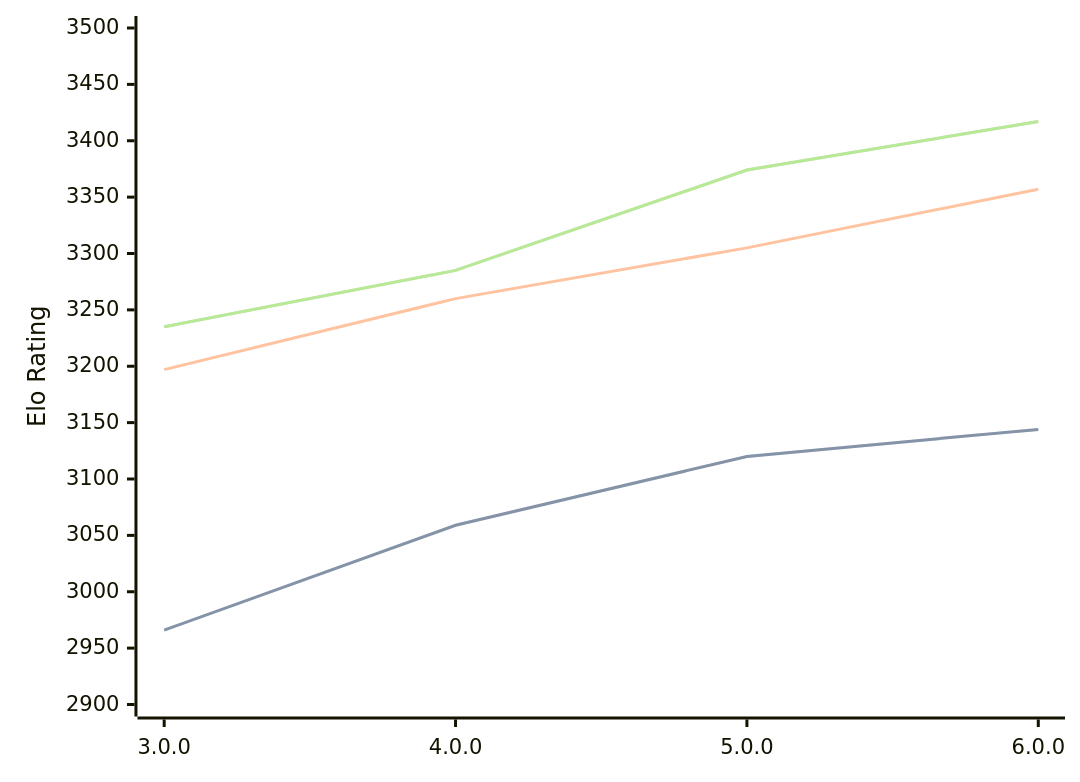
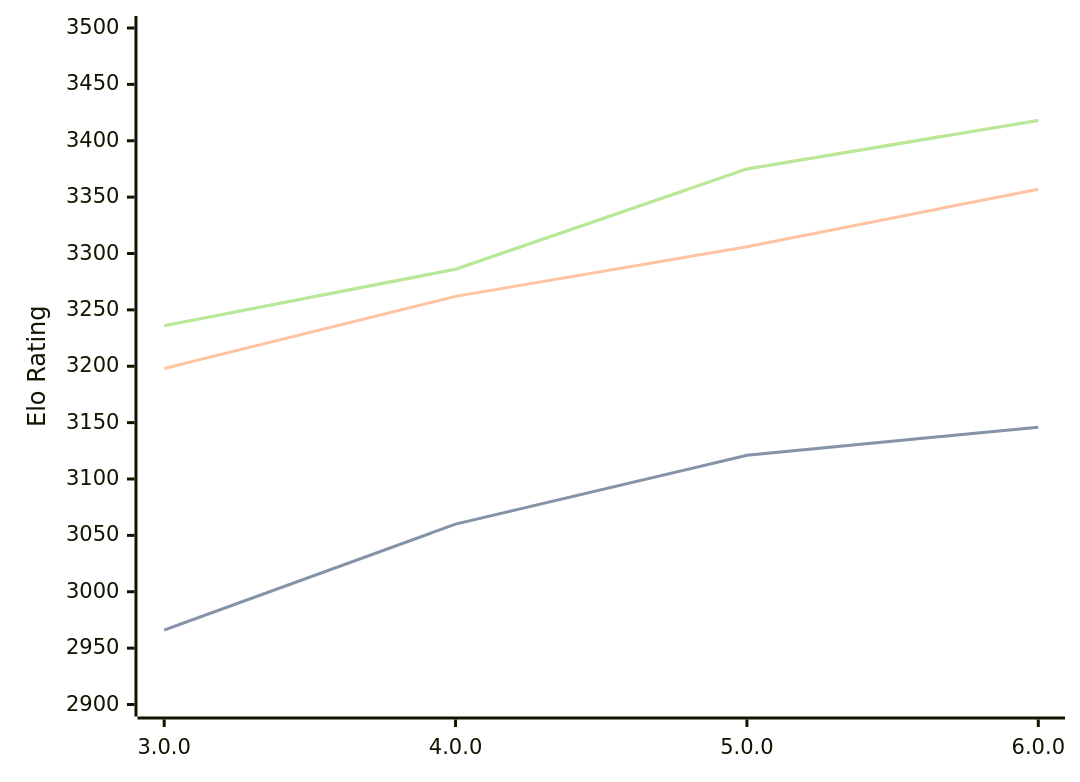
One commit to computer-chess-index/cci changed the diagram in engines/Minke.md. Above: the diagram before and after it, drawn with Mermaid. The commit also changed other lines of this file, not shown here.

Commit message:
Update CCI Ratings (ELO VLTC) - 2026-08-15

````diff
--- a/engines/Minke.md
+++ b/engines/Minke.md
@@ -34,11 +34,11 @@
 ```mermaid
 %%{init: {"theme":"base","themeVariables":{"seriesColors:['#a3a3a3','#222221','#faa371']}}}%%
 xychart-beta
   x-axis ["3.0.0", "4.0.0", "5.0.0", "6.0.0"]
   y-axis "Elo Rating" 2900 --> 3500
-  line "STC (8.0+0.08s)" [2966, 3059, 3120, 3144]
-  line "STC (8.0+0.08s)" [2966, 3059, 3120, 3144]
-  line "LTC (60.0+0.60s)" [3197, 3260, 3305, 3357]
-  line "VLTC (2m24s+1.12s)" [3235, 3285, 3374, 3417]
-  line "VLTC (2m24s+1.12s)" [3235, 3285, 3374, 3417]
+  line "STC (8.0+0.08s)" [2966, 3060, 3121, 3146]
+  line "STC (8.0+0.08s)" [2966, 3060, 3121, 3146]
+  line "LTC (60.0+0.60s)" [3198, 3262, 3306, 3357]
+  line "VLTC (2m24s+1.12s)" [3236, 3286, 3375, 3418]
+  line "VLTC (2m24s+1.12s)" [3236, 3286, 3375, 3418]
 ```
````
